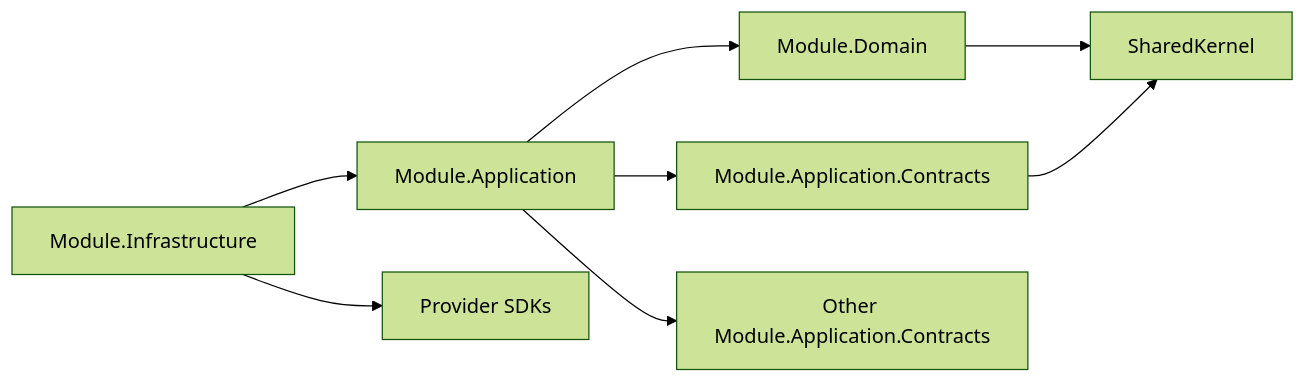
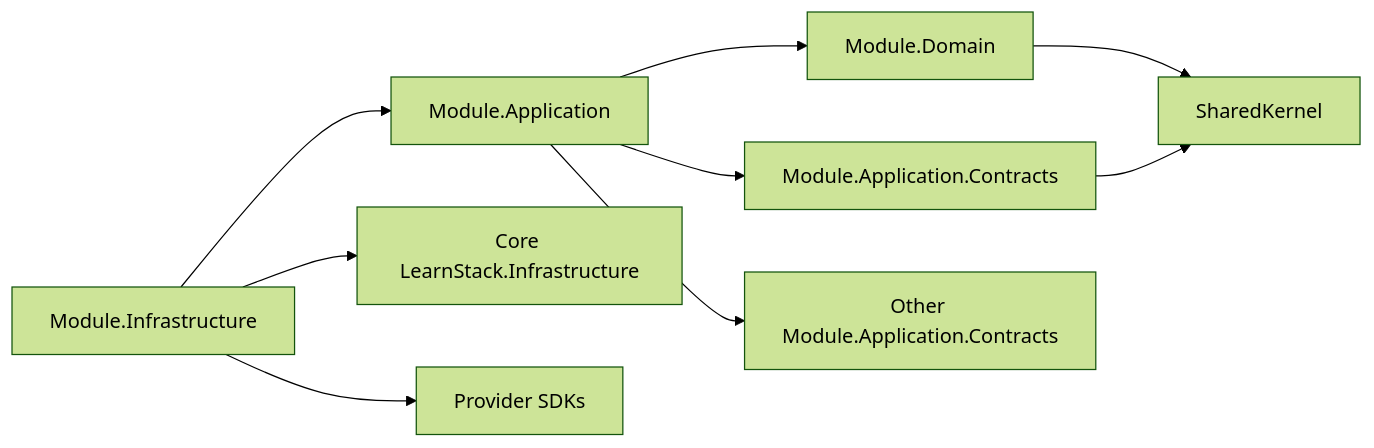
Before and after one commit to HodeTech/LearnStack: the diagram in docs/standards/01-architecture-standards.md, drawn with Mermaid (forest theme). The commit also changed other lines of this file and 9 other files, not shown here.

````diff
--- a/docs/standards/01-architecture-standards.md
+++ b/docs/standards/01-architecture-standards.md
@@ -44,18 +44,20 @@
 ```mermaid
 flowchart LR
   contracts[Module.Application.Contracts]
   app[Module.Application]
   domain[Module.Domain]
   infra[Module.Infrastructure]
   kernel[SharedKernel]
+  coreInfra[Core LearnStack.Infrastructure]
   otherContracts[Other Module.Application.Contracts]
   providers[Provider SDKs]
 
   domain --> kernel
   app --> domain
   app --> contracts
   app --> otherContracts
   infra --> app
+  infra --> coreInfra
   infra --> providers
   contracts --> kernel
 ```
````
